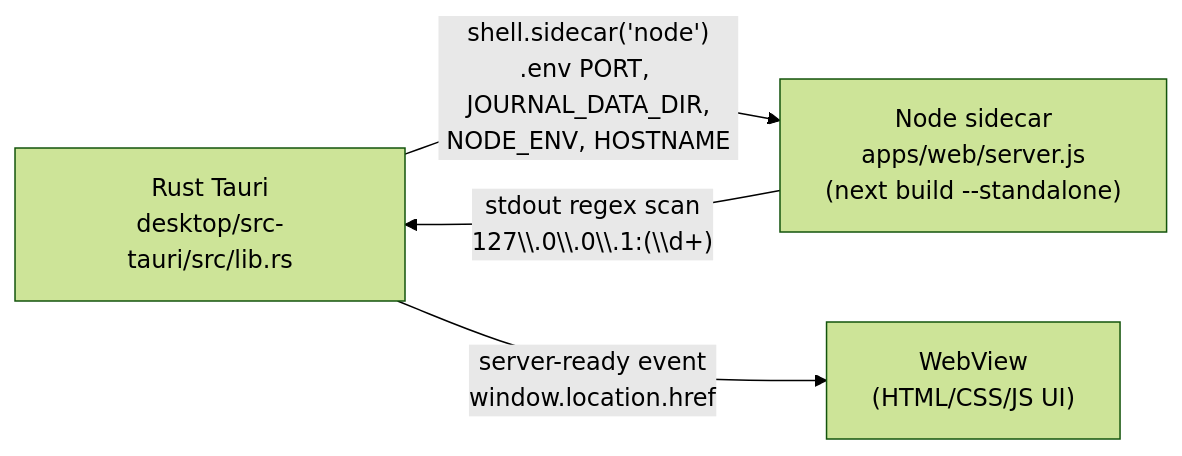
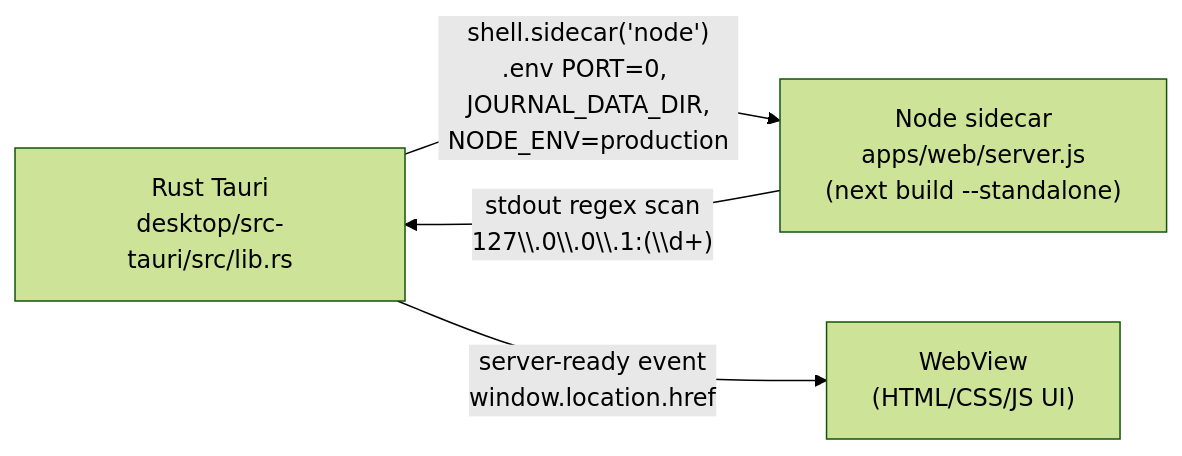
One commit to PraiseSinkamba/trade-journal changed the fifth of 5 diagrams in docs/architecture-discovery/09-dependencies-and-coupling.md. Above: the diagram before and after it, drawn with Mermaid (forest theme). The commit also changed other lines of this file and 17 other files, not shown here.

First line of the commit message:
Complete the architecture discovery package and record the AI-native journal decisions

````diff
--- a/docs/architecture-discovery/09-dependencies-and-coupling.md
+++ b/docs/architecture-discovery/09-dependencies-and-coupling.md
@@ -419,10 +515,10 @@
 ```mermaid
 flowchart LR
     R["Rust Tauri\ndesktop/src-tauri/src/lib.rs"]
     S["Node sidecar\napps/web/server.js\n(next build --standalone)"]
     W["WebView\n(HTML/CSS/JS UI)"]
 
-    R -->|"shell.sidecar('node')\n.env PORT, JOURNAL_DATA_DIR,\nNODE_ENV, HOSTNAME"| S
+    R -->|"shell.sidecar('node')\n.env PORT=0, JOURNAL_DATA_DIR,\nNODE_ENV=production"| S
     S -->|"stdout regex scan\n127\\.0\\.0\\.1:(\\d+)"| R
     R -->|"server-ready event\nwindow.location.href"| W
 ```
````
